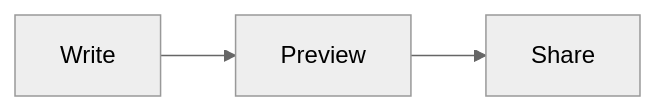
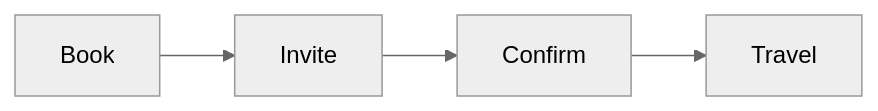
Before and after one commit to jimmiefriberg/jot: the diagram in examples/markdown-tour.md, drawn with Mermaid (neutral theme). The commit also changed other lines of this file and 7 other files, not shown here.

````diff
--- a/examples/markdown-tour.md
+++ b/examples/markdown-tour.md
@@ -82,4 +80,4 @@
 ```mermaid
 flowchart LR
-  Write --> Preview --> Share
+  Book --> Invite --> Confirm --> Travel
 ```
````
